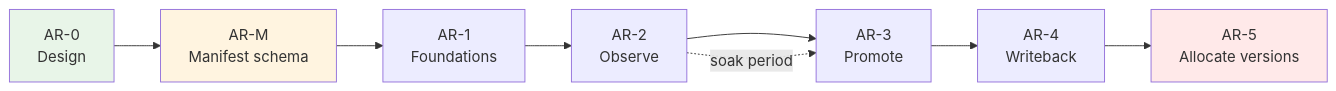
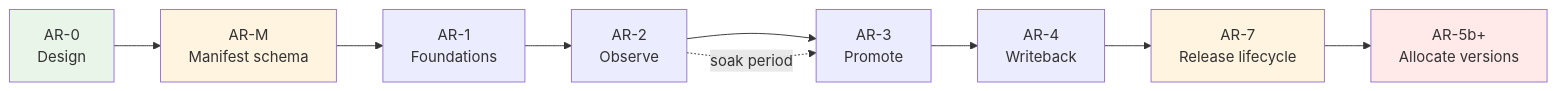
The diagram in tools/app_registry/PLAN.md (whale-net/everything), drawn with Mermaid before and after one commit. The commit also changed other lines of this file and 3 other files, not shown here.

First line of the commit message:
docs(app-registry): design + delivery plan for the release lifecycle (#558)

````diff
--- a/tools/app_registry/PLAN.md
+++ b/tools/app_registry/PLAN.md
@@ -227,13 +235,15 @@
 ```mermaid
 graph LR
     AR0["AR-0<br/>Design"] --> ARM["AR-M<br/>Manifest schema"]
     ARM --> AR1["AR-1<br/>Foundations"]
     AR1 --> AR2["AR-2<br/>Observe"]
     AR2 --> AR3["AR-3<br/>Promote"]
     AR3 --> AR4["AR-4<br/>Writeback"]
-    AR4 --> AR5["AR-5<br/>Allocate versions"]
+    AR4 --> AR7["AR-7<br/>Release lifecycle"]
+    AR7 --> AR5["AR-5b+<br/>Allocate versions"]
     AR2 -. "soak period" .-> AR3
     style AR0 fill:#e8f5e8
     style ARM fill:#fff4e0
+    style AR7 fill:#fff4e0
     style AR5 fill:#ffe9e9
 ```
````
